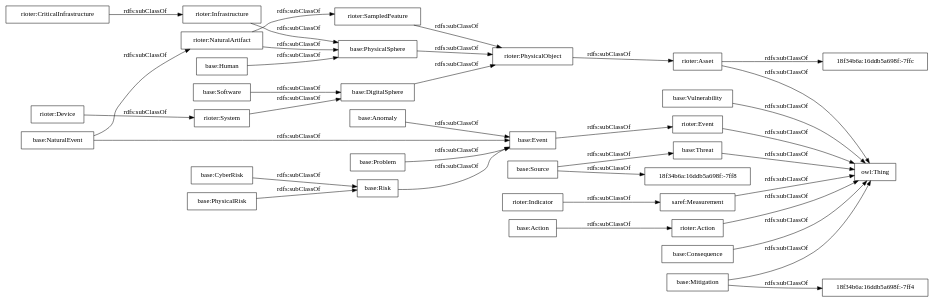
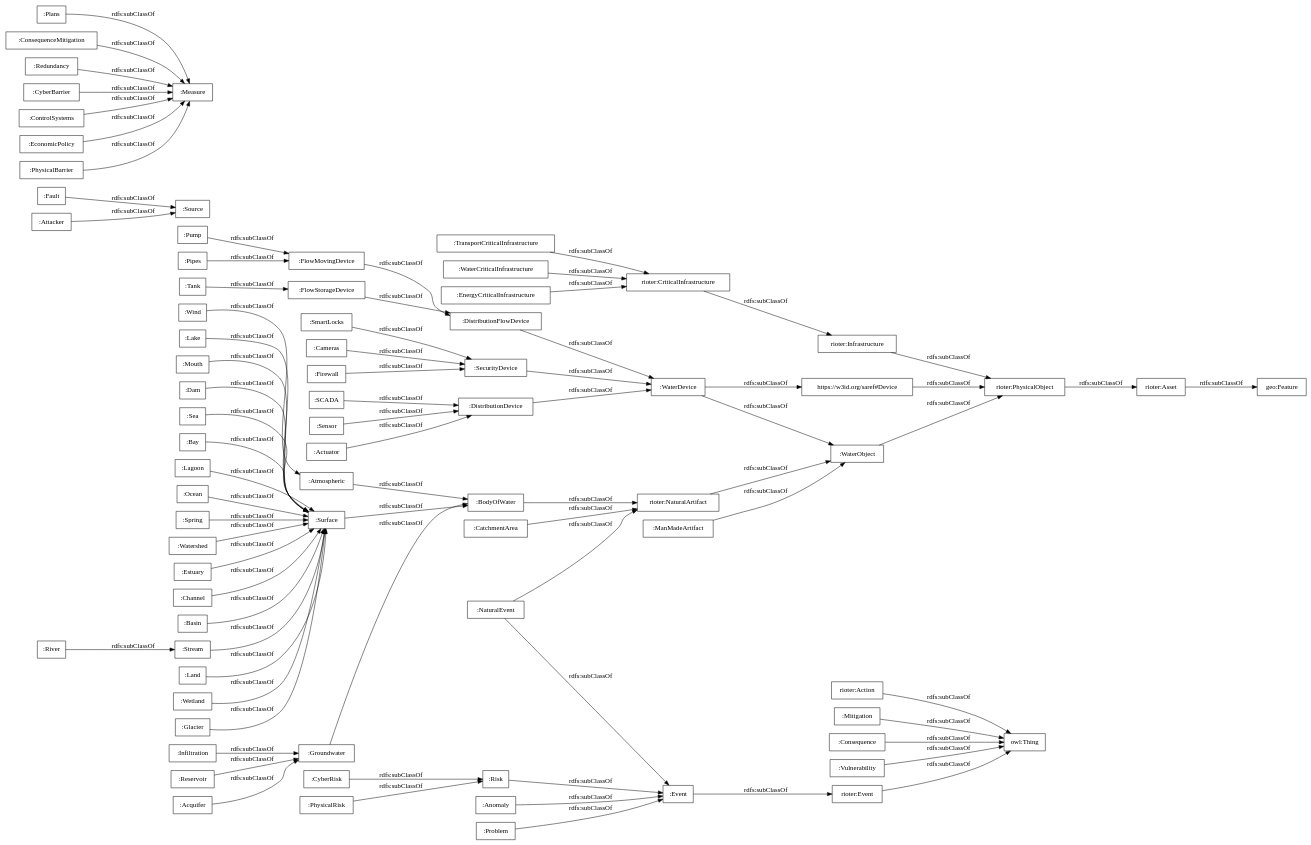
The diagram in OnToology/risk.owl/diagrams/ar2dtool-taxonomy/risk.owl.png.dot (OnToologyUser/risk-ontology), drawn with Graphviz before and after one commit. The commit also changed 13 other files, not shown here.

```diff
--- a/OnToology/risk.owl/diagrams/ar2dtool-taxonomy/risk.owl.png.dot
+++ b/OnToology/risk.owl/diagrams/ar2dtool-taxonomy/risk.owl.png.dot
@@ -1,40 +1,81 @@
 digraph ar2dtool_diagram { 
 rankdir=LR;
 size="1000"
-node [shape = rectangle, color="black"]; "base:DigitalSphere" "rioter:NaturalArtifact" "rioter:Device" "saref:Measurement" "base:Problem" "rioter:PhysicalObject" "rioter:Action" "base:Consequence" "base:Risk" "rioter:Asset" "base:Source" "base:Event" "18f34b6a:16ddb5a698f:-7ff4" "rioter:Indicator" "base:CyberRisk" "base:Software" "18f34b6a:16ddb5a698f:-7ff8" "base:Vulnerability" "rioter:System" "base:Anomaly" "rioter:Infrastructure" "rioter:SampledFeature" "18f34b6a:16ddb5a698f:-7ffc" "base:PhysicalSphere" "rioter:CriticalInfrastructure" "base:NaturalEvent" "base:Threat" "base:Human" "base:Action" "rioter:Event" "base:Mitigation" "base:PhysicalRisk" ; /*classes style*/
-	"base:Threat" -> "owl:Thing" [ label = "rdfs:subClassOf" ];
-	"base:DigitalSphere" -> "rioter:PhysicalObject" [ label = "rdfs:subClassOf" ];
-	"base:Risk" -> "base:Event" [ label = "rdfs:subClassOf" ];
-	"rioter:Asset" -> "18f34b6a:16ddb5a698f:-7ffc" [ label = "rdfs:subClassOf" ];
-	"rioter:Asset" -> "owl:Thing" [ label = "rdfs:subClassOf" ];
-	"base:Problem" -> "base:Event" [ label = "rdfs:subClassOf" ];
+node [shape = rectangle, color="black"]; ":BodyOfWater" ":CyberRisk" ":River" ":NaturalEvent" ":Pump" ":Wind" ":Wetland" "rioter:PhysicalObject" ":TransportCriticalInfrastructure" ":Glacier" ":Surface" "rioter:Event" ":Source" ":Lake" "rioter:Action" ":Infiltration" "rioter:NaturalArtifact" ":Cameras" ":Reservoir" ":Mitigation" ":Measure" ":DistributionDevice" ":Plans" ":ManMadeArtifact" ":Fault" ":Mouth" ":WaterCriticalInfrastructure" ":Dam" ":Pipes" ":Sea" ":Consequence" ":FlowStorageDevice" ":Bay" ":DistributionFlowDevice" ":Lagoon" ":Ocean" "https://w3id.org/saref#Device" ":ConsequenceMitigation" "rioter:CriticalInfrastructure" ":Spring" ":FlowMovingDevice" ":Watershed" "rioter:Asset" ":WaterDevice" ":CatchmentArea" ":Risk" ":Estuary" ":EnergyCriticalInfrastructure" ":Vulnerability" ":Redundancy" ":CyberBarrier" ":Tank" ":Channel" ":SecurityDevice" ":Acquifer" ":ControlSystems" ":Attacker" ":Basin" ":Sensor" ":Anomaly" "geo:Feature" ":PhysicalRisk" ":EconomicPolicy" ":Groundwater" ":Actuator" ":WaterObject" ":Event" ":PhysicalBarrier" ":SCADA" ":Stream" "rioter:Infrastructure" ":Firewall" ":SmartLocks" ":Land" ":Atmospheric" ":Problem" ; /*classes style*/
+	":Tank" -> ":FlowStorageDevice" [ label = "rdfs:subClassOf" ];
+	"rioter:Asset" -> "geo:Feature" [ label = "rdfs:subClassOf" ];
+	":ControlSystems" -> ":Measure" [ label = "rdfs:subClassOf" ];
+	":TransportCriticalInfrastructure" -> "rioter:CriticalInfrastructure" [ label = "rdfs:subClassOf" ];
+	":Basin" -> ":Surface" [ label = "rdfs:subClassOf" ];
+	":Lake" -> ":Surface" [ label = "rdfs:subClassOf" ];
+	":Firewall" -> ":SecurityDevice" [ label = "rdfs:subClassOf" ];
+	":WaterCriticalInfrastructure" -> "rioter:CriticalInfrastructure" [ label = "rdfs:subClassOf" ];
+	":Event" -> "rioter:Event" [ label = "rdfs:subClassOf" ];
+	":CyberRisk" -> ":Risk" [ label = "rdfs:subClassOf" ];
+	":River" -> ":Stream" [ label = "rdfs:subClassOf" ];
+	"rioter:NaturalArtifact" -> ":WaterObject" [ label = "rdfs:subClassOf" ];
+	"rioter:Event" -> "owl:Thing" [ label = "rdfs:subClassOf" ];
+	":Spring" -> ":Surface" [ label = "rdfs:subClassOf" ];
 	"rioter:PhysicalObject" -> "rioter:Asset" [ label = "rdfs:subClassOf" ];
-	"saref:Measurement" -> "owl:Thing" [ label = "rdfs:subClassOf" ];
-	"base:PhysicalSphere" -> "rioter:PhysicalObject" [ label = "rdfs:subClassOf" ];
-	"base:NaturalEvent" -> "rioter:NaturalArtifact" [ label = "rdfs:subClassOf" ];
-	"base:NaturalEvent" -> "base:Event" [ label = "rdfs:subClassOf" ];
+	":Problem" -> ":Event" [ label = "rdfs:subClassOf" ];
+	":EconomicPolicy" -> ":Measure" [ label = "rdfs:subClassOf" ];
+	":PhysicalRisk" -> ":Risk" [ label = "rdfs:subClassOf" ];
+	":Stream" -> ":Surface" [ label = "rdfs:subClassOf" ];
+	":FlowStorageDevice" -> ":DistributionFlowDevice" [ label = "rdfs:subClassOf" ];
+	":DistributionFlowDevice" -> ":WaterDevice" [ label = "rdfs:subClassOf" ];
+	":CyberBarrier" -> ":Measure" [ label = "rdfs:subClassOf" ];
+	"rioter:CriticalInfrastructure" -> "rioter:Infrastructure" [ label = "rdfs:subClassOf" ];
+	":Vulnerability" -> "owl:Thing" [ label = "rdfs:subClassOf" ];
+	":Cameras" -> ":SecurityDevice" [ label = "rdfs:subClassOf" ];
+	"rioter:Infrastructure" -> "rioter:PhysicalObject" [ label = "rdfs:subClassOf" ];
+	":Pipes" -> ":FlowMovingDevice" [ label = "rdfs:subClassOf" ];
+	":Pump" -> ":FlowMovingDevice" [ label = "rdfs:subClassOf" ];
+	":Reservoir" -> ":Groundwater" [ label = "rdfs:subClassOf" ];
+	":Anomaly" -> ":Event" [ label = "rdfs:subClassOf" ];
+	":Groundwater" -> ":BodyOfWater" [ label = "rdfs:subClassOf" ];
+	":Sea" -> ":Surface" [ label = "rdfs:subClassOf" ];
+	":SCADA" -> ":DistributionDevice" [ label = "rdfs:subClassOf" ];
+	":Plans" -> ":Measure" [ label = "rdfs:subClassOf" ];
+	":FlowMovingDevice" -> ":DistributionFlowDevice" [ label = "rdfs:subClassOf" ];
 	"rioter:Action" -> "owl:Thing" [ label = "rdfs:subClassOf" ];
-	"base:CyberRisk" -> "base:Risk" [ label = "rdfs:subClassOf" ];
-	"base:Event" -> "rioter:Event" [ label = "rdfs:subClassOf" ];
-	"rioter:CriticalInfrastructure" -> "rioter:Infrastructure" [ label = "rdfs:subClassOf" ];
-	"base:Vulnerability" -> "owl:Thing" [ label = "rdfs:subClassOf" ];
-	"rioter:Device" -> "rioter:System" [ label = "rdfs:subClassOf" ];
-	"base:Consequence" -> "owl:Thing" [ label = "rdfs:subClassOf" ];
-	"base:Anomaly" -> "base:Event" [ label = "rdfs:subClassOf" ];
-	"rioter:NaturalArtifact" -> "rioter:SampledFeature" [ label = "rdfs:subClassOf" ];
-	"rioter:NaturalArtifact" -> "base:PhysicalSphere" [ label = "rdfs:subClassOf" ];
-	"rioter:System" -> "base:DigitalSphere" [ label = "rdfs:subClassOf" ];
-	"base:Mitigation" -> "18f34b6a:16ddb5a698f:-7ff4" [ label = "rdfs:subClassOf" ];
-	"base:Mitigation" -> "owl:Thing" [ label = "rdfs:subClassOf" ];
-	"base:Software" -> "base:DigitalSphere" [ label = "rdfs:subClassOf" ];
-	"rioter:Indicator" -> "saref:Measurement" [ label = "rdfs:subClassOf" ];
-	"rioter:Event" -> "owl:Thing" [ label = "rdfs:subClassOf" ];
-	"rioter:SampledFeature" -> "rioter:PhysicalObject" [ label = "rdfs:subClassOf" ];
-	"base:PhysicalRisk" -> "base:Risk" [ label = "rdfs:subClassOf" ];
-	"base:Human" -> "base:PhysicalSphere" [ label = "rdfs:subClassOf" ];
-	"rioter:Infrastructure" -> "base:PhysicalSphere" [ label = "rdfs:subClassOf" ];
-	"base:Source" -> "18f34b6a:16ddb5a698f:-7ff8" [ label = "rdfs:subClassOf" ];
-	"base:Source" -> "base:Threat" [ label = "rdfs:subClassOf" ];
-	"base:Action" -> "rioter:Action" [ label = "rdfs:subClassOf" ];
+	":SecurityDevice" -> ":WaterDevice" [ label = "rdfs:subClassOf" ];
+	":SmartLocks" -> ":SecurityDevice" [ label = "rdfs:subClassOf" ];
+	":NaturalEvent" -> "rioter:NaturalArtifact" [ label = "rdfs:subClassOf" ];
+	":NaturalEvent" -> ":Event" [ label = "rdfs:subClassOf" ];
+	":Channel" -> ":Surface" [ label = "rdfs:subClassOf" ];
+	":Bay" -> ":Surface" [ label = "rdfs:subClassOf" ];
+	":Consequence" -> "owl:Thing" [ label = "rdfs:subClassOf" ];
+	":Mouth" -> ":Surface" [ label = "rdfs:subClassOf" ];
+	":Fault" -> ":Source" [ label = "rdfs:subClassOf" ];
+	":Attacker" -> ":Source" [ label = "rdfs:subClassOf" ];
+	":Dam" -> ":Surface" [ label = "rdfs:subClassOf" ];
+	":Glacier" -> ":Surface" [ label = "rdfs:subClassOf" ];
+	":Wind" -> ":Atmospheric" [ label = "rdfs:subClassOf" ];
+	":BodyOfWater" -> "rioter:NaturalArtifact" [ label = "rdfs:subClassOf" ];
+	":WaterDevice" -> "https://w3id.org/saref#Device" [ label = "rdfs:subClassOf" ];
+	":WaterDevice" -> ":WaterObject" [ label = "rdfs:subClassOf" ];
+	":DistributionDevice" -> ":WaterDevice" [ label = "rdfs:subClassOf" ];
+	":Wetland" -> ":Surface" [ label = "rdfs:subClassOf" ];
+	":Atmospheric" -> ":BodyOfWater" [ label = "rdfs:subClassOf" ];
+	":Risk" -> ":Event" [ label = "rdfs:subClassOf" ];
+	":Sensor" -> ":DistributionDevice" [ label = "rdfs:subClassOf" ];
+	":Mitigation" -> "owl:Thing" [ label = "rdfs:subClassOf" ];
+	":Estuary" -> ":Surface" [ label = "rdfs:subClassOf" ];
+	":Infiltration" -> ":Groundwater" [ label = "rdfs:subClassOf" ];
+	":Redundancy" -> ":Measure" [ label = "rdfs:subClassOf" ];
+	":PhysicalBarrier" -> ":Measure" [ label = "rdfs:subClassOf" ];
+	":Surface" -> ":BodyOfWater" [ label = "rdfs:subClassOf" ];
+	":Watershed" -> ":Surface" [ label = "rdfs:subClassOf" ];
+	":Land" -> ":Surface" [ label = "rdfs:subClassOf" ];
+	":Lagoon" -> ":Surface" [ label = "rdfs:subClassOf" ];
+	":EnergyCriticalInfrastructure" -> "rioter:CriticalInfrastructure" [ label = "rdfs:subClassOf" ];
+	":ManMadeArtifact" -> ":WaterObject" [ label = "rdfs:subClassOf" ];
+	":ConsequenceMitigation" -> ":Measure" [ label = "rdfs:subClassOf" ];
+	":Actuator" -> ":DistributionDevice" [ label = "rdfs:subClassOf" ];
+	":CatchmentArea" -> "rioter:NaturalArtifact" [ label = "rdfs:subClassOf" ];
+	":Ocean" -> ":Surface" [ label = "rdfs:subClassOf" ];
+	":Acquifer" -> ":Groundwater" [ label = "rdfs:subClassOf" ];
+	"https://w3id.org/saref#Device" -> "rioter:PhysicalObject" [ label = "rdfs:subClassOf" ];
+	":WaterObject" -> "rioter:PhysicalObject" [ label = "rdfs:subClassOf" ];
 
 }
```
